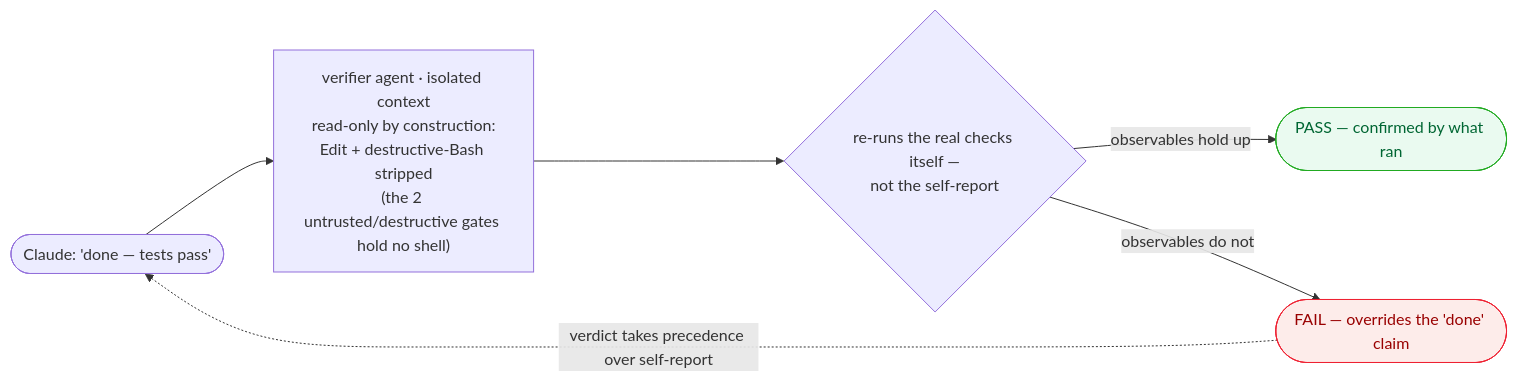
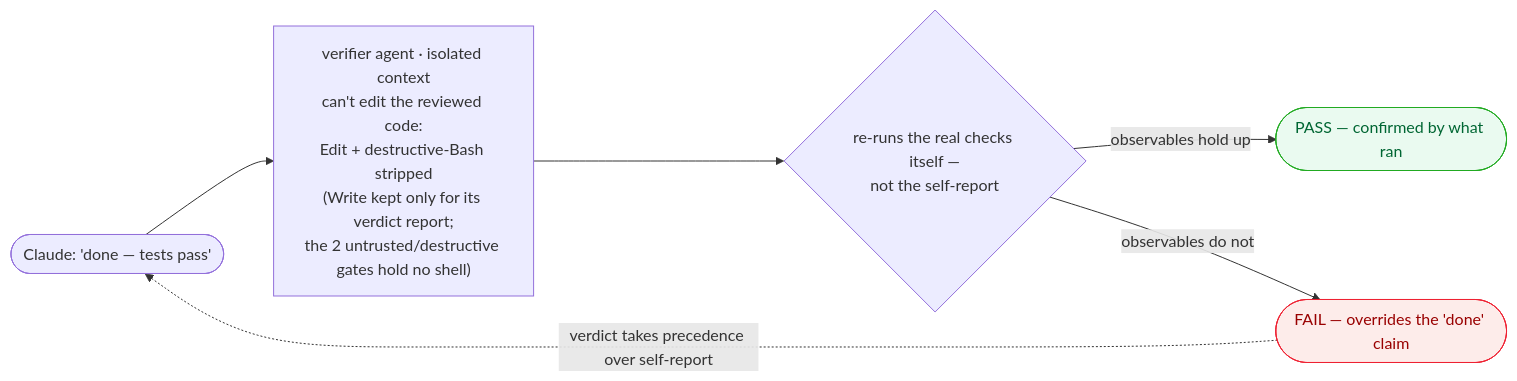
One commit to 1337co/1337scout changed the second of 4 diagrams in README.md. Above: the diagram before and after it, drawn with Mermaid. The commit also changed other lines of this file and 5 other files, not shown here.

````diff
--- a/README.md
+++ b/README.md
@@ -125,12 +125,12 @@
 ```mermaid
 flowchart LR
-    W(["Claude: 'done — tests pass'"]) --> VA["verifier agent · isolated context<br/>read-only by construction:<br/>Edit + destructive-Bash stripped<br/>(the 2 untrusted/destructive gates hold no shell)"]
+    W(["Claude: 'done — tests pass'"]) --> VA["verifier agent · isolated context<br/>can't edit the reviewed code:<br/>Edit + destructive-Bash stripped<br/>(Write kept only for its verdict report;<br/>the 2 untrusted/destructive gates hold no shell)"]
     VA --> VD{"re-runs the real checks itself —<br/>not the self-report"}
     VD -->|"observables hold up"| OK(["PASS — confirmed by what ran"])
     VD -->|"observables do not"| NO(["FAIL — overrides the 'done' claim"])
     NO -.->|"verdict takes precedence over self-report"| W
     classDef ok fill:#eafaf0,stroke:#2a2,color:#063;
     classDef danger fill:#fdecea,stroke:#e23,color:#900;
     class OK ok
     class NO danger
 ```
````
